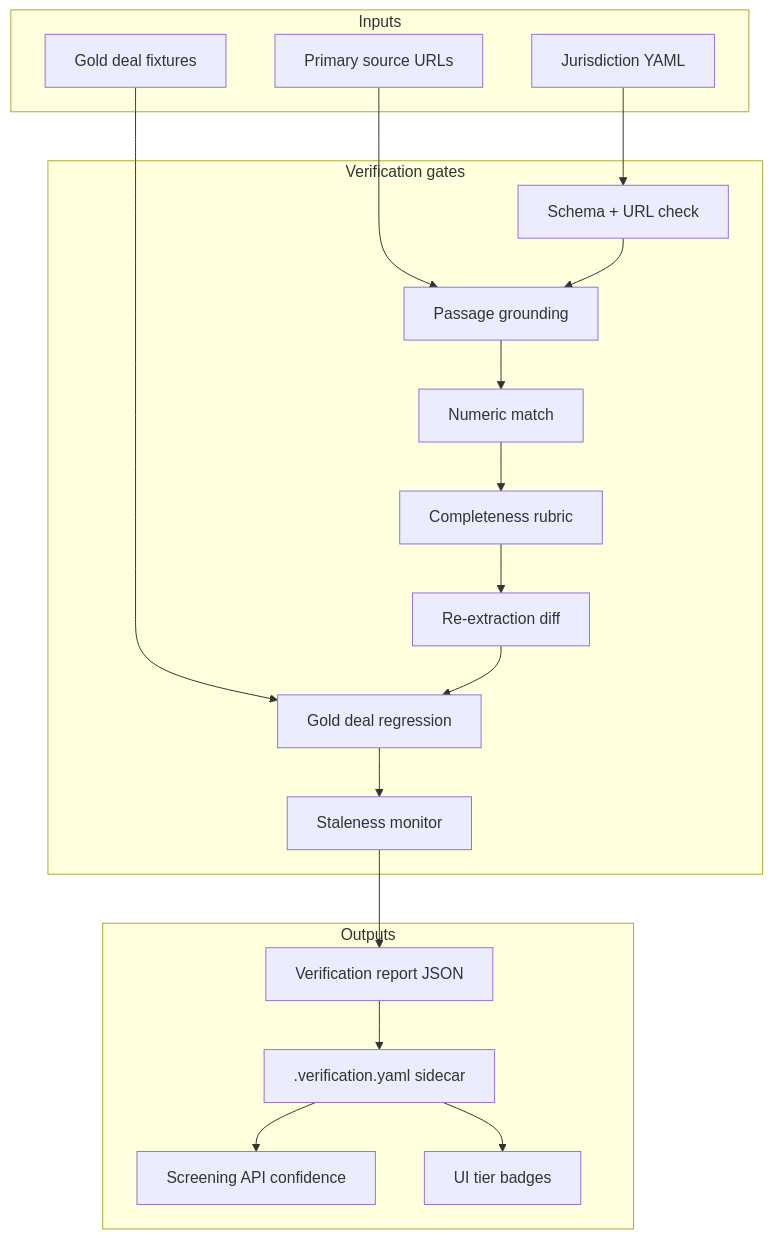
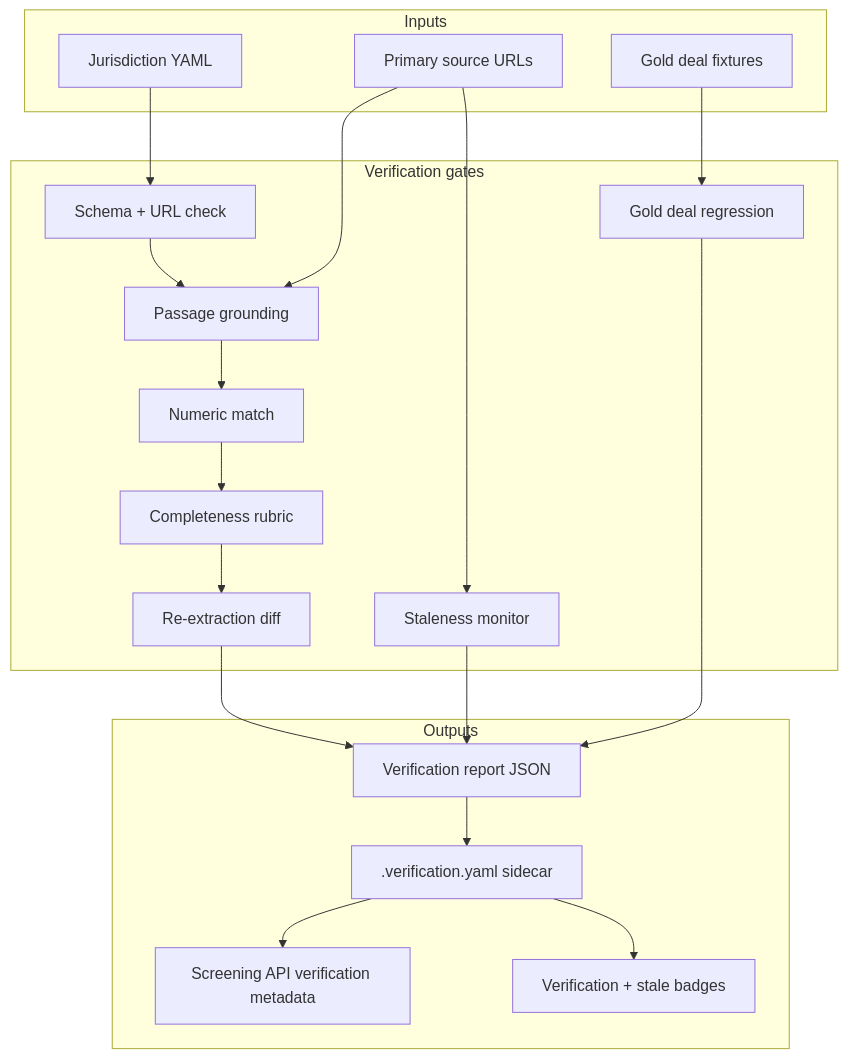
Before and after one commit to thepranky/open-market: the diagram in docs/jurisdiction-verification-build.md, drawn with Mermaid. The commit also changed other lines of this file and 5 other files, not shown here.

````diff
--- a/docs/jurisdiction-verification-build.md
+++ b/docs/jurisdiction-verification-build.md
@@ -84,39 +136,40 @@
 ```mermaid
 flowchart TB
     subgraph inputs [Inputs]
         YAML[Jurisdiction YAML]
         Primary[Primary source URLs]
         Gold[Gold deal fixtures]
     end
 
     subgraph gates [Verification gates]
         G0[Schema + URL check]
         G1[Passage grounding]
         G2[Numeric match]
         G3[Completeness rubric]
         G4[Re-extraction diff]
         G5[Gold deal regression]
         G6[Staleness monitor]
     end
 
     subgraph outputs [Outputs]
         Report[Verification report JSON]
         Sidecar[.verification.yaml sidecar]
-        API[Screening API confidence]
-        UI[UI tier badges]
+        API[Screening API verification metadata]
+        UI[Verification + stale badges]
     end
 
     YAML --> G0
     Primary --> G1
     G0 --> G1
     G1 --> G2
     G2 --> G3
     G3 --> G4
     Gold --> G5
-    G4 --> G5
-    G5 --> G6
+    Primary --> G6
+    G4 --> Report
+    G5 --> Report
     G6 --> Report
     Report --> Sidecar
     Sidecar --> API
     Sidecar --> UI
 ```
````
